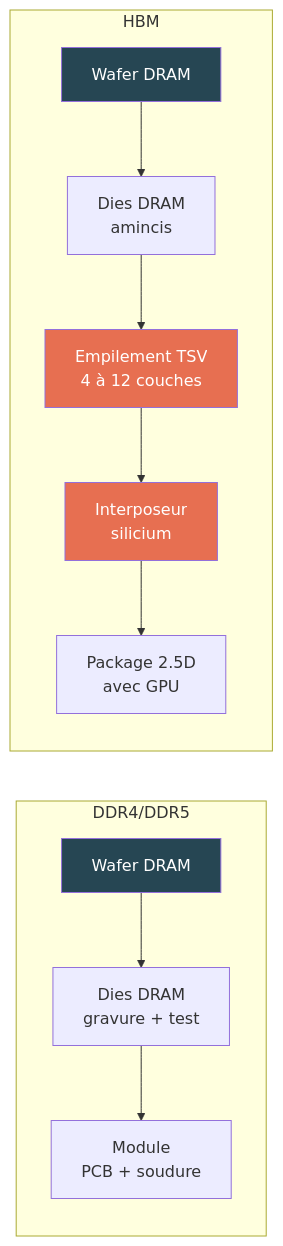
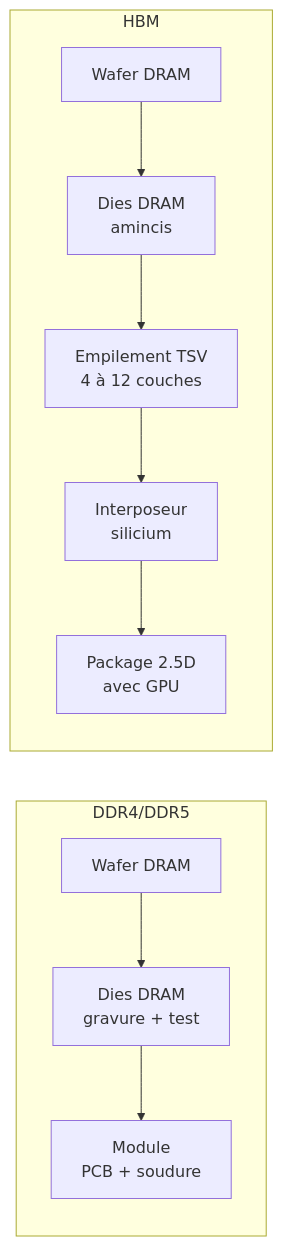
Before and after one commit to digital4better/methodology: the diagram in docs/materiel/composants/memoire-vive.md, drawn with Mermaid. The commit also changed other lines of this file and 193 other files, not shown here.

````diff
--- a/docs/materiel/composants/memoire-vive.md
+++ b/docs/materiel/composants/memoire-vive.md
@@ -13,18 +11,18 @@
 ```mermaid
 flowchart LR
     subgraph DDR4/DDR5
         W1[Wafer DRAM] --> D1[Dies DRAM<br>gravure + test]
         D1 --> M1[Module<br>PCB + soudure]
     end
     subgraph HBM
         W2[Wafer DRAM] --> D2[Dies DRAM<br>amincis]
         D2 --> S[Empilement TSV<br>4 à 12 couches]
         S --> I[Interposeur<br>silicium]
         I --> P[Package 2.5D<br>avec GPU]
     end
 
-    style W1 fill:#264653,color:#fff
-    style W2 fill:#264653,color:#fff
-    style S fill:#e76f51,color:#fff
-    style I fill:#e76f51,color:#fff
+    class W1 d4b-navy
+    class W2 d4b-navy
+    class S d4b-coral
+    class I d4b-coral
 ```
````
